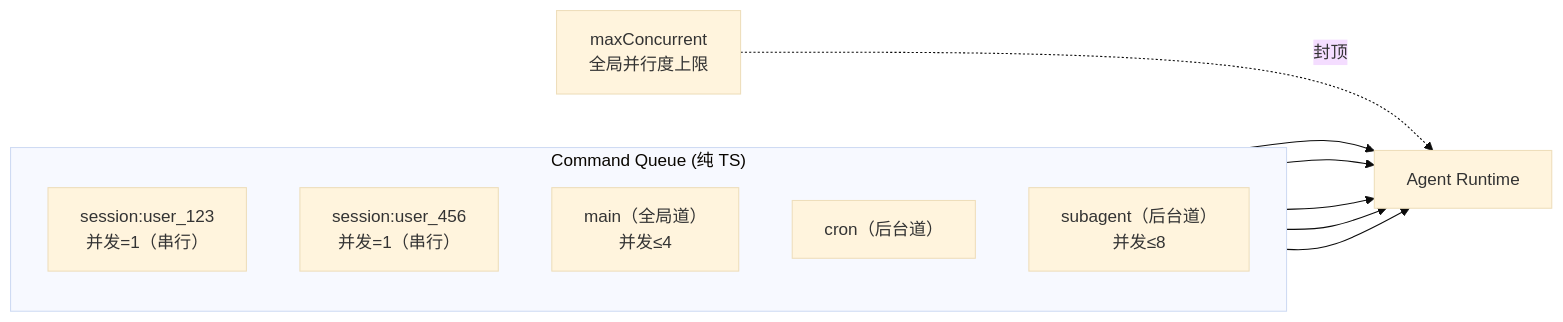
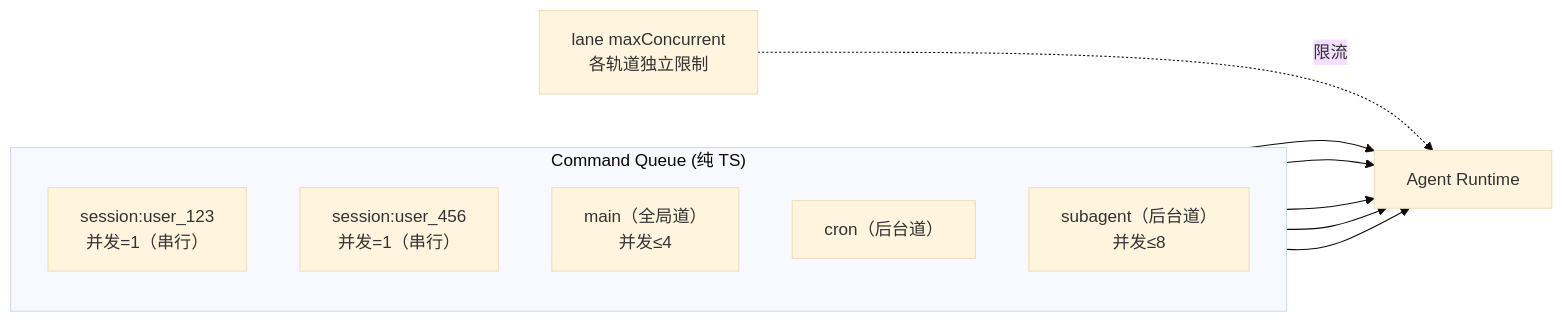
The second of 2 diagrams in 10_agent_loop/10.3_entry_queue.md (yeasy/openclaw_guide), drawn with Mermaid (base theme) before and after one commit. The commit also changed other lines of this file and 89 other files, not shown here.

````diff
--- a/10_agent_loop/10.3_entry_queue.md
+++ b/10_agent_loop/10.3_entry_queue.md
@@ -53,19 +53,19 @@
 ```mermaid
 flowchart LR
   subgraph CommandQueue["Command Queue (纯 TS)"]
     direction TB
     SL1["session:user_123<br/>并发=1（串行）"]
     SL2["session:user_456<br/>并发=1（串行）"]
     GL["main（全局道）<br/>并发≤4"]
     BG1["cron（后台道）"]
     BG2["subagent（后台道）<br/>并发≤8"]
   end
 
   SL1 --> EX["Agent Runtime"]
   SL2 --> EX
   GL --> EX
   BG1 --> EX
   BG2 --> EX
 
-  GOV["maxConcurrent<br/>全局并行度上限"] -.->|封顶| EX
+  GOV["lane maxConcurrent<br/>各轨道独立限制"] -.->|限流| EX
 ```
````
